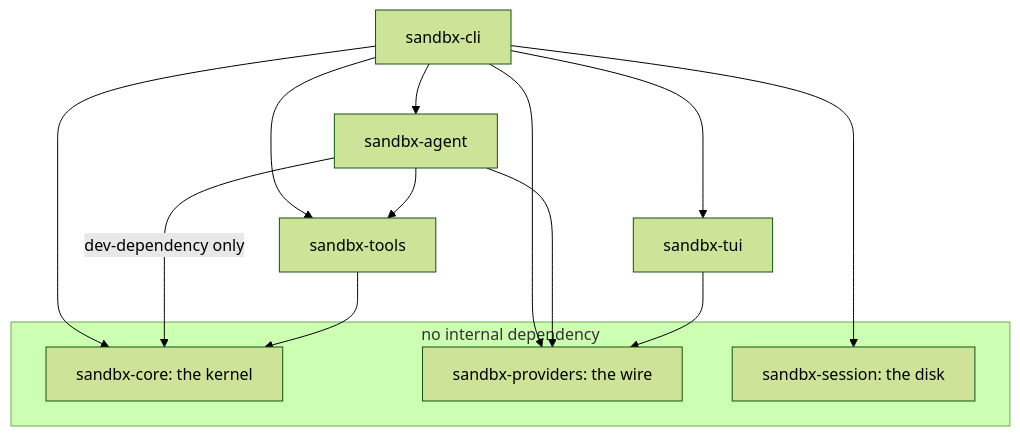
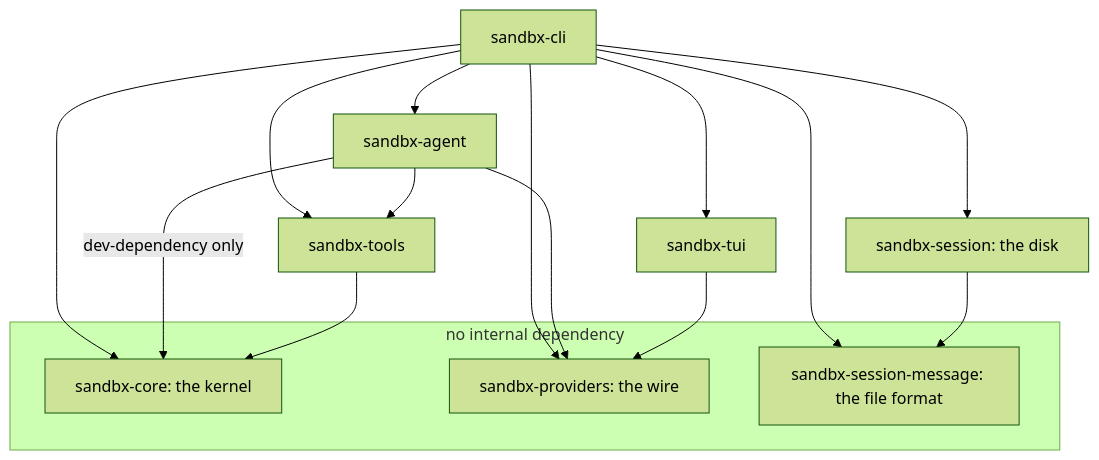
One commit to danczw/sandbx changed the diagram in context/onboarding/05-seven-crates.md. Above: the diagram before and after it, drawn with Mermaid (forest theme). The commit also changed other lines of this file and 8 other files, not shown here.

````diff
--- a/context/onboarding/05-seven-crates.md
+++ b/context/onboarding/05-seven-crates.md
@@ -21,19 +21,21 @@
 ```mermaid
 flowchart TD
     subgraph leaves["no internal dependency"]
         core["sandbx-core: the kernel"]
         providers["sandbx-providers: the wire"]
-        session["sandbx-session: the disk"]
+        message["sandbx-session-message: the file format"]
     end
     cli["sandbx-cli"] --> agent["sandbx-agent"]
     cli --> tui["sandbx-tui"]
-    cli --> session
+    cli --> session["sandbx-session: the disk"]
+    cli --> message
+    session --> message
     cli --> providers
     cli --> tools["sandbx-tools"]
     cli --> core
     agent --> providers
     agent --> tools
     agent -->|"dev-dependency only"| core
     tui --> providers
     tools --> core
 ```
````
